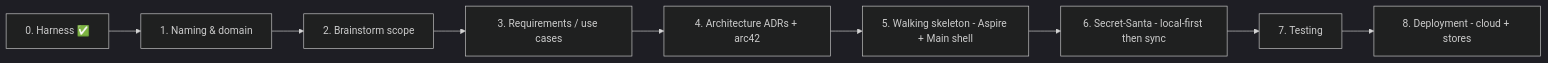
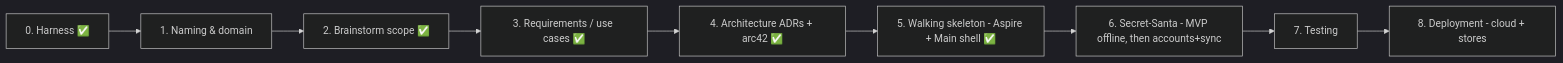
One commit to CircleTools-ch/circletools-suite changed the diagram in docs/roadmap/roadmap.md. Above: the diagram before and after it, drawn with Mermaid (dark theme). The commit also changed other lines of this file and 258 other files, not shown here.

````diff
--- a/docs/roadmap/roadmap.md
+++ b/docs/roadmap/roadmap.md
@@ -5,11 +5,11 @@
 ```mermaid
 flowchart LR
     H[0. Harness ✅] --> N[1. Naming & domain]
-    N --> B[2. Brainstorm scope]
-    B --> R[3. Requirements / use cases]
-    R --> A[4. Architecture ADRs + arc42]
-    A --> W[5. Walking skeleton - Aspire + Main shell]
-    W --> S[6. Secret-Santa - local-first then sync]
+    N --> B[2. Brainstorm scope ✅]
+    B --> R[3. Requirements / use cases ✅]
+    R --> A[4. Architecture ADRs + arc42 ✅]
+    A --> W[5. Walking skeleton - Aspire + Main shell ✅]
+    W --> S[6. Secret-Santa - MVP offline, then accounts+sync]
     S --> T[7. Testing]
     T --> D[8. Deployment - cloud + stores]
 ```
````
